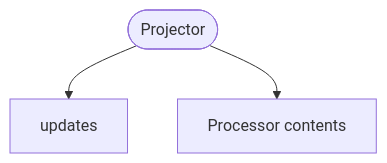
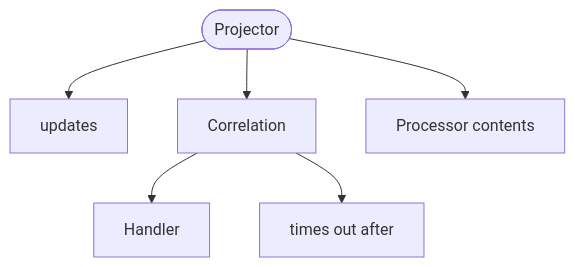
Before and after one commit to ossuminc/ossum.tech: the diagram in sites/riddl/docs/concepts/projector.md, drawn with Mermaid. The commit also changed other lines of this file and 1 other file, not shown here.

First line of the commit message:
Document projector correlations (A70)

````diff
--- a/sites/riddl/docs/concepts/projector.md
+++ b/sites/riddl/docs/concepts/projector.md
@@ -86,5 +195,8 @@
 ```mermaid
 flowchart TD
     Projector(["Projector"]) --> Updates["updates"]
+    Projector --> Correlation
     Projector --> PC["Processor contents"]
+    Correlation --> Handler
+    Correlation --> Timeout["times out after"]
 ```
````
